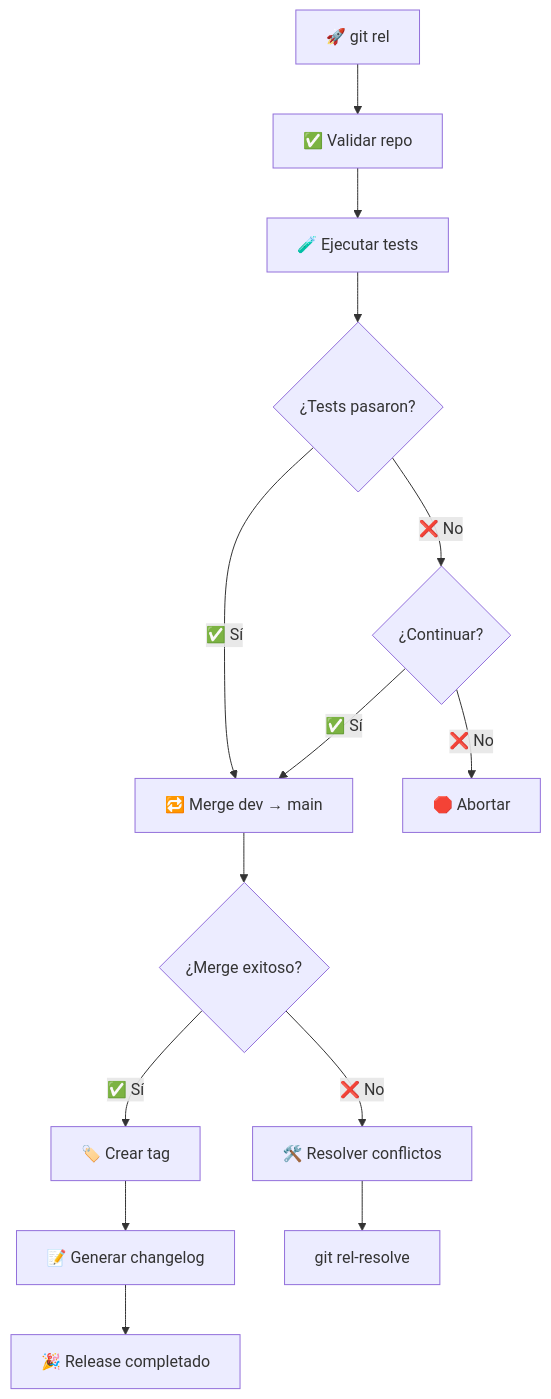
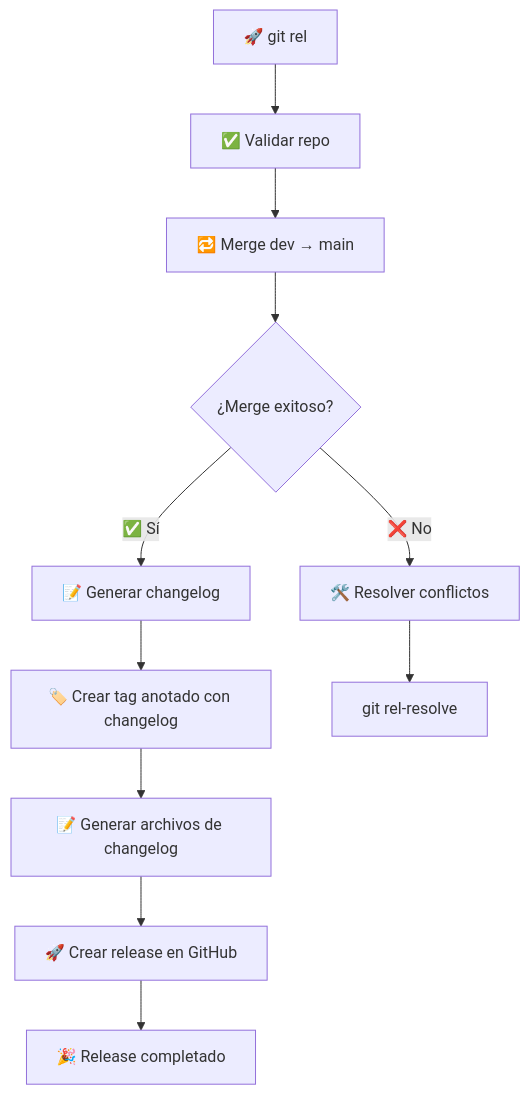
One commit to jesuserro/dotfiles changed the diagram in scripts/git_rel.md. Above: the diagram before and after it, drawn with Mermaid. The commit also changed other lines of this file and 4 other files, not shown here.

Commit message:
Implement changelog generation and release management improvements, including enhanced formatting and automatic GitHub releases. Update `git_rel.sh` to support annotated tags and better tag detection, ensuring a more robust release process.

````diff
--- a/scripts/git_rel.md
+++ b/scripts/git_rel.md
@@ -208,16 +193,13 @@
 ```mermaid
 graph TD
     A[🚀 git rel] --> B[✅ Validar repo]
-    B --> C[🧪 Ejecutar tests]
-    C --> D{¿Tests pasaron?}
-    D -->|✅ Sí| E[🔁 Merge dev → main]
-    D -->|❌ No| F{¿Continuar?}
-    F -->|✅ Sí| E
-    F -->|❌ No| G[🛑 Abortar]
-    E --> H{¿Merge exitoso?}
-    H -->|✅ Sí| I[🏷️ Crear tag]
-    H -->|❌ No| J[🛠️ Resolver conflictos]
-    I --> K[📝 Generar changelog]
-    K --> L[🎉 Release completado]
-    J --> M[git rel-resolve]
+    B --> C[🔁 Merge dev → main]
+    C --> D{¿Merge exitoso?}
+    D -->|✅ Sí| E[📝 Generar changelog]
+    D -->|❌ No| F[🛠️ Resolver conflictos]
+    E --> G[🏷️ Crear tag anotado con changelog]
+    G --> H[📝 Generar archivos de changelog]
+    H --> I[🚀 Crear release en GitHub]
+    I --> J[🎉 Release completado]
+    F --> K[git rel-resolve]
 ```
````
